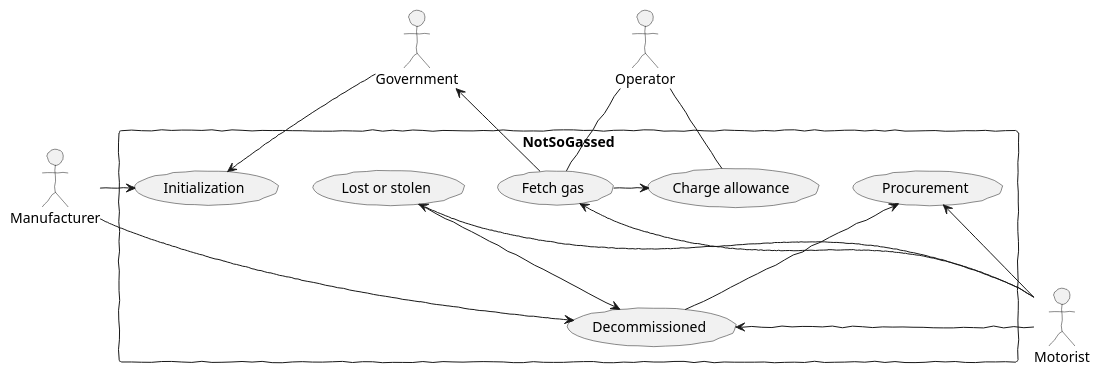
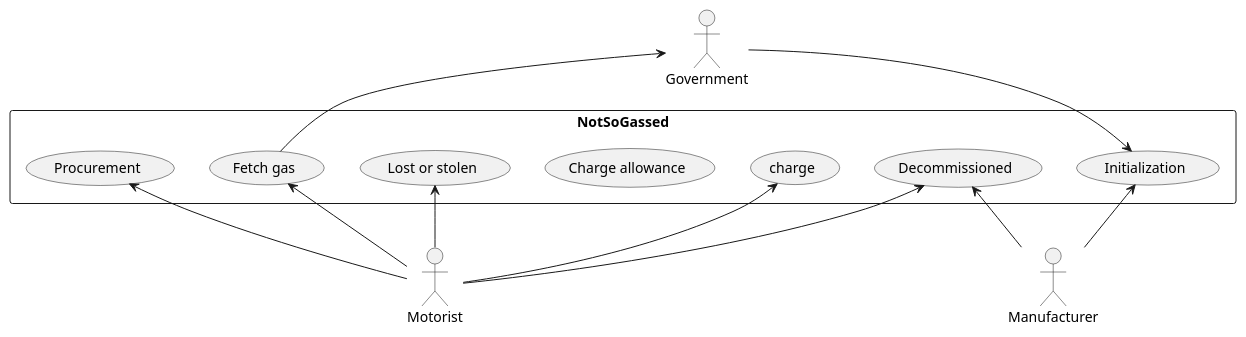
The diagram in tex/figure1.puml (Sipondo/HardwareSecurity_SmartGroupSmartCard), drawn with PlantUML before and after one commit. The commit also changed 9 other files, not shown here.

```diff
--- a/tex/figure1.puml
+++ b/tex/figure1.puml
@@ -1,38 +1,31 @@
 @startuml
-skinparam handwritten true
 skinparam packageStyle rectangle
 
-:Operator: as :oper:
 :Motorist: as :moto:
 :Manufacturer: as :manu:
 :Government: as :gove:
 
 rectangle NotSoGassed {
   (Initialization) as (init)
   (Procurement) as (proc)
   (Charge allowance) as (char)
   (Fetch gas) as (fetc)
   (Lost or stolen) as (lost)
   (Decommissioned) as (deco)
 
-  (proc) <-right- moto
-  (fetc) <-right- moto
-  (lost) <-right- moto
-  (deco) <-right- moto
-  (fetc) -right-> (char)
+  (proc) <-down- moto
+  (fetc) <-down- moto
+  (lost) <-down- moto
+  (deco) <-down- moto
+  (charge) <-down- moto
 
-  oper -down- (fetc)
-  oper -down- (char)
-
-  manu -right-> (init)
-  manu -right-> (deco)
-  (deco) -up-> (proc)
-  (lost) -down-> (deco)
+  manu -up-> (init)
+  manu -up-> (deco)
 
   gove -down-> (init)
   (fetc) -up-> gove
 
 
 }
 
 @enduml
```
